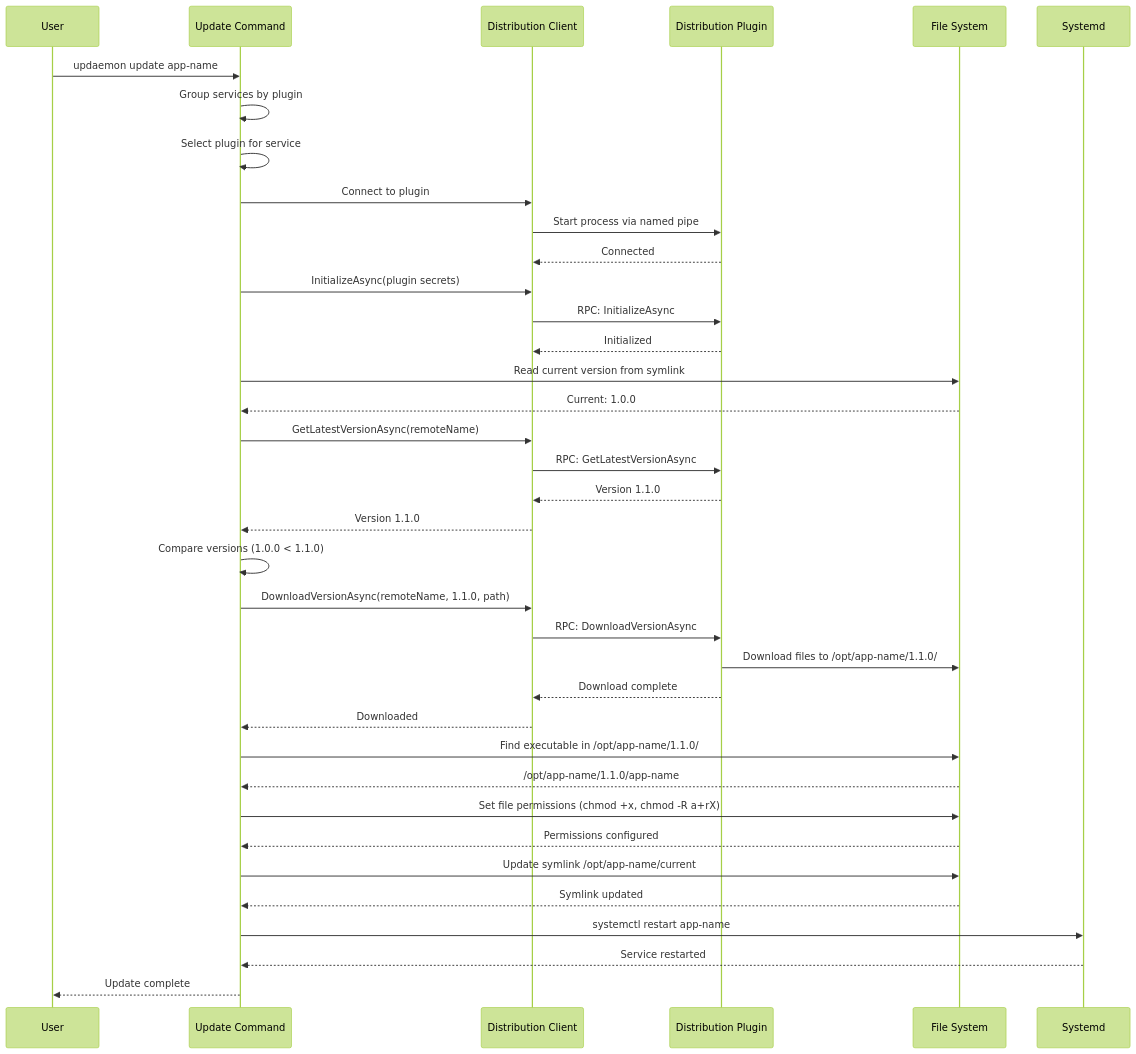
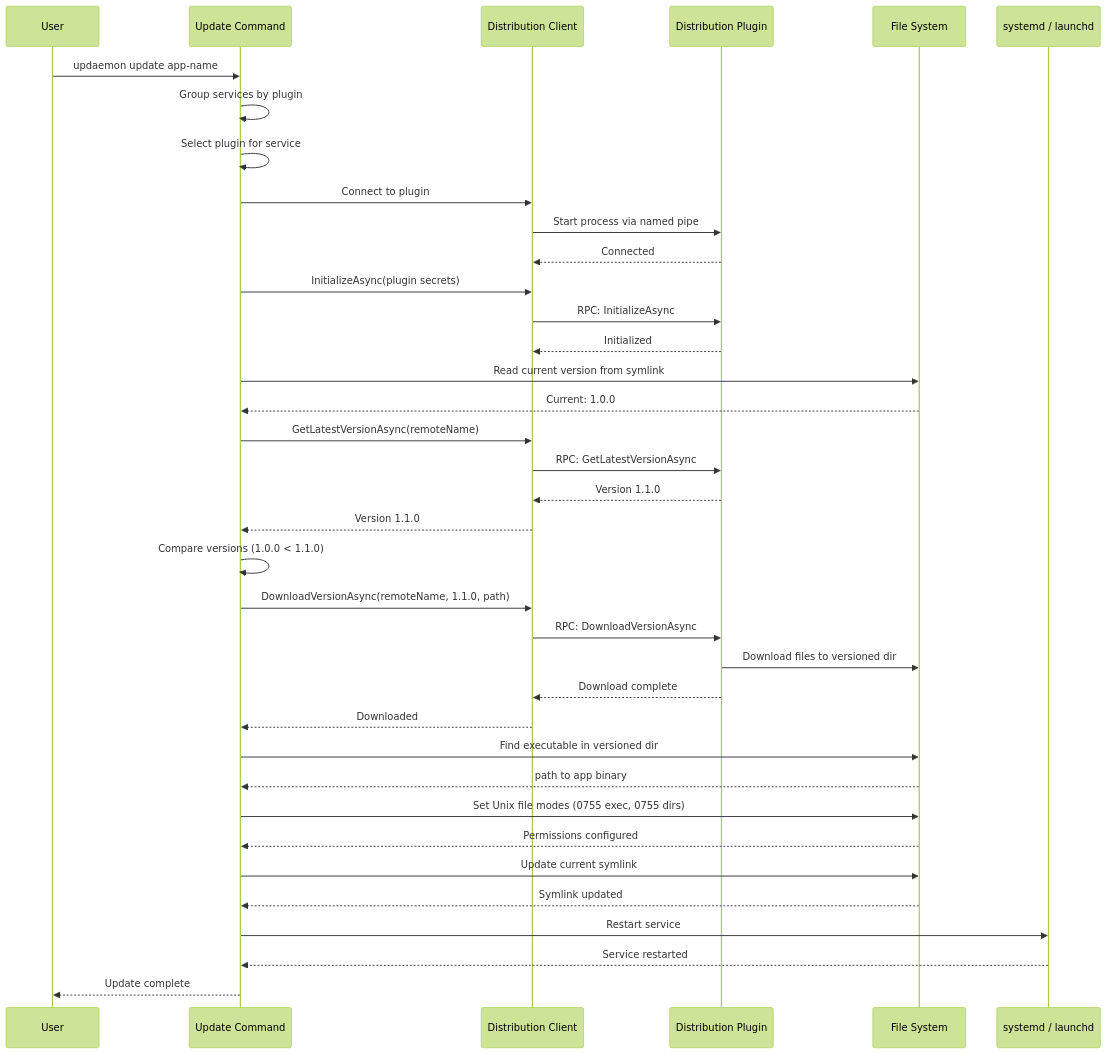
One commit to AdamTovatt/updaemon changed the second of 6 diagrams in README.md. Above: the diagram before and after it, drawn with Mermaid (forest theme). The commit also changed other lines of this file and 40 other files, not shown here.

````diff
--- a/README.md
+++ b/README.md
@@ -652,50 +727,50 @@
 ```mermaid
 sequenceDiagram
     participant User
     participant UpdateCmd as Update Command
     participant DistClient as Distribution Client
     participant Plugin as Distribution Plugin
     participant FileSystem as File System
-    participant Systemd
+    participant Init as systemd / launchd
     
     User->>UpdateCmd: updaemon update app-name
     UpdateCmd->>UpdateCmd: Group services by plugin
     UpdateCmd->>UpdateCmd: Select plugin for service
     UpdateCmd->>DistClient: Connect to plugin
     DistClient->>Plugin: Start process via named pipe
     Plugin-->>DistClient: Connected
     
     UpdateCmd->>DistClient: InitializeAsync(plugin secrets)
     DistClient->>Plugin: RPC: InitializeAsync
     Plugin-->>DistClient: Initialized
     
     UpdateCmd->>FileSystem: Read current version from symlink
     FileSystem-->>UpdateCmd: Current: 1.0.0
     
     UpdateCmd->>DistClient: GetLatestVersionAsync(remoteName)
     DistClient->>Plugin: RPC: GetLatestVersionAsync
     Plugin-->>DistClient: Version 1.1.0
     DistClient-->>UpdateCmd: Version 1.1.0
     
     UpdateCmd->>UpdateCmd: Compare versions (1.0.0 < 1.1.0)
     
     UpdateCmd->>DistClient: DownloadVersionAsync(remoteName, 1.1.0, path)
     DistClient->>Plugin: RPC: DownloadVersionAsync
-    Plugin->>FileSystem: Download files to /opt/app-name/1.1.0/
+    Plugin->>FileSystem: Download files to versioned dir
     Plugin-->>DistClient: Download complete
     DistClient-->>UpdateCmd: Downloaded
     
-    UpdateCmd->>FileSystem: Find executable in /opt/app-name/1.1.0/
-    FileSystem-->>UpdateCmd: /opt/app-name/1.1.0/app-name
+    UpdateCmd->>FileSystem: Find executable in versioned dir
+    FileSystem-->>UpdateCmd: path to app binary
     
-    UpdateCmd->>FileSystem: Set file permissions (chmod +x, chmod -R a+rX)
+    UpdateCmd->>FileSystem: Set Unix file modes (0755 exec, 0755 dirs)
     FileSystem-->>UpdateCmd: Permissions configured
     
-    UpdateCmd->>FileSystem: Update symlink /opt/app-name/current
+    UpdateCmd->>FileSystem: Update current symlink
     FileSystem-->>UpdateCmd: Symlink updated
     
-    UpdateCmd->>Systemd: systemctl restart app-name
-    Systemd-->>UpdateCmd: Service restarted
+    UpdateCmd->>Init: Restart service
+    Init-->>UpdateCmd: Service restarted
     
     UpdateCmd-->>User: Update complete
 ```
````
